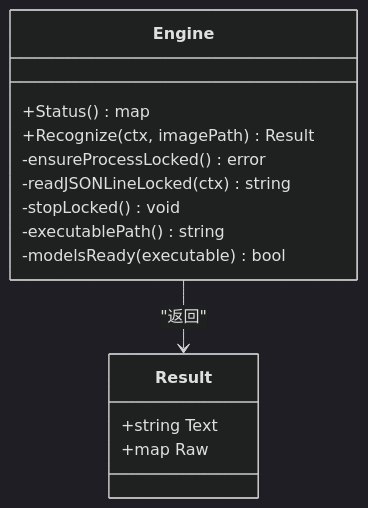
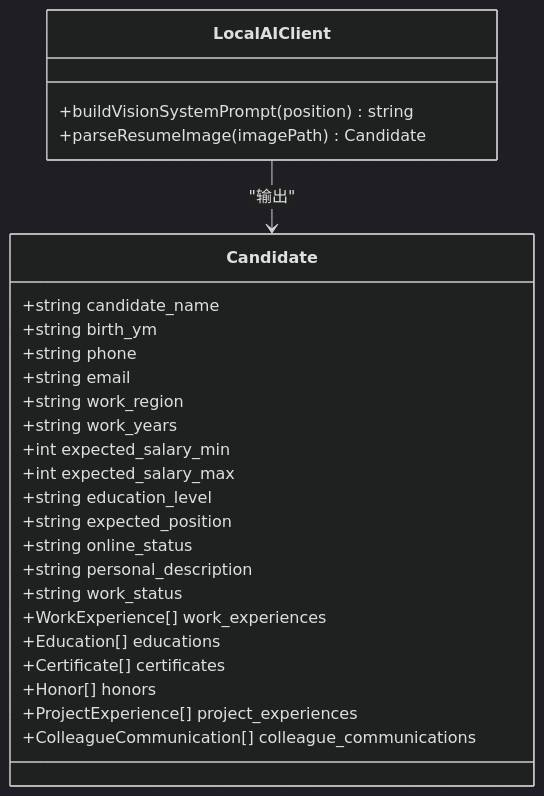
One commit to alvinwangzi/goodhr changed the seventh of 8 diagrams in .qoder/repowiki/zh/content/本地执行器/平台适配器/Boss直聘适配器/简历详情解析.md. Above: the diagram before and after it, drawn with Mermaid (dark theme). The commit also changed other lines of this file and 149 other files, not shown here.

````diff
--- a/.qoder/repowiki/zh/content/本地执行器/平台适配器/Boss直聘适配器/简历详情解析.md
+++ b/.qoder/repowiki/zh/content/本地执行器/平台适配器/Boss直聘适配器/简历详情解析.md
@@ -196,17 +285,29 @@
 ```mermaid
 classDiagram
-class Engine {
-+Status() map
-+Recognize(ctx, imagePath) Result
--ensureProcessLocked() error
--readJSONLineLocked(ctx) string
--stopLocked() void
--executablePath() string
--modelsReady(executable) bool
+class LocalAIClient {
++buildVisionSystemPrompt(position) string
++parseResumeImage(imagePath) Candidate
 }
-class Result {
-+string Text
-+map Raw
+class Candidate {
++string candidate_name
++string birth_ym
++string phone
++string email
++string work_region
++string work_years
++int expected_salary_min
++int expected_salary_max
++string education_level
++string expected_position
++string online_status
++string personal_description
++string work_status
++WorkExperience[] work_experiences
++Education[] educations
++Certificate[] certificates
++Honor[] honors
++ProjectExperience[] project_experiences
++ColleagueCommunication[] colleague_communications
 }
-Engine --> Result : "返回"
+LocalAIClient --> Candidate : "输出"
 ```
````
